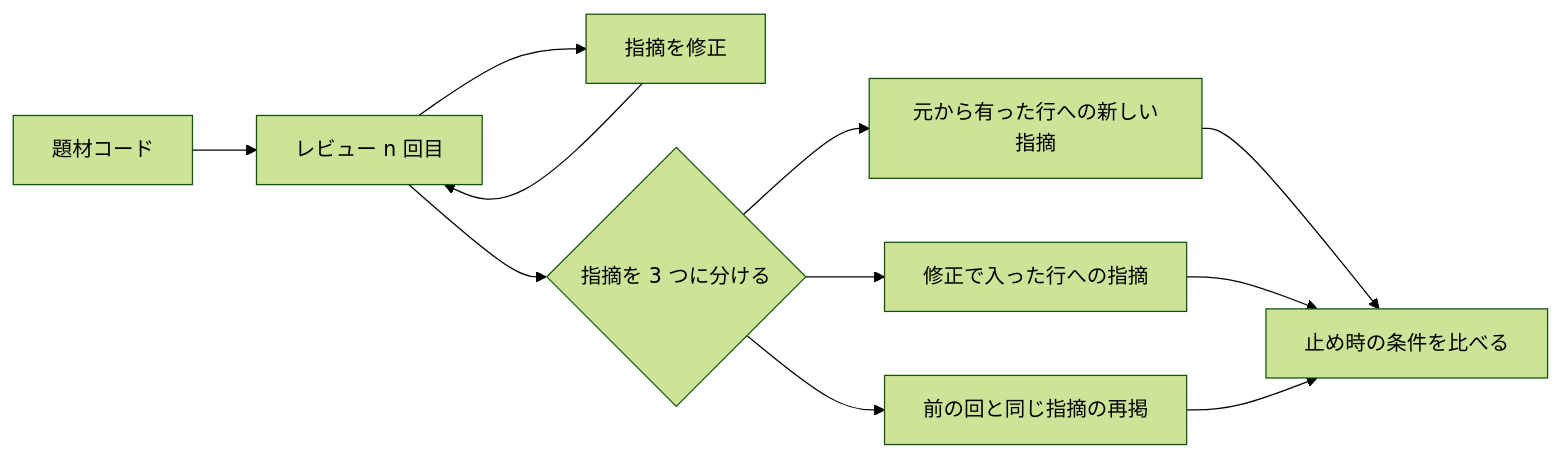
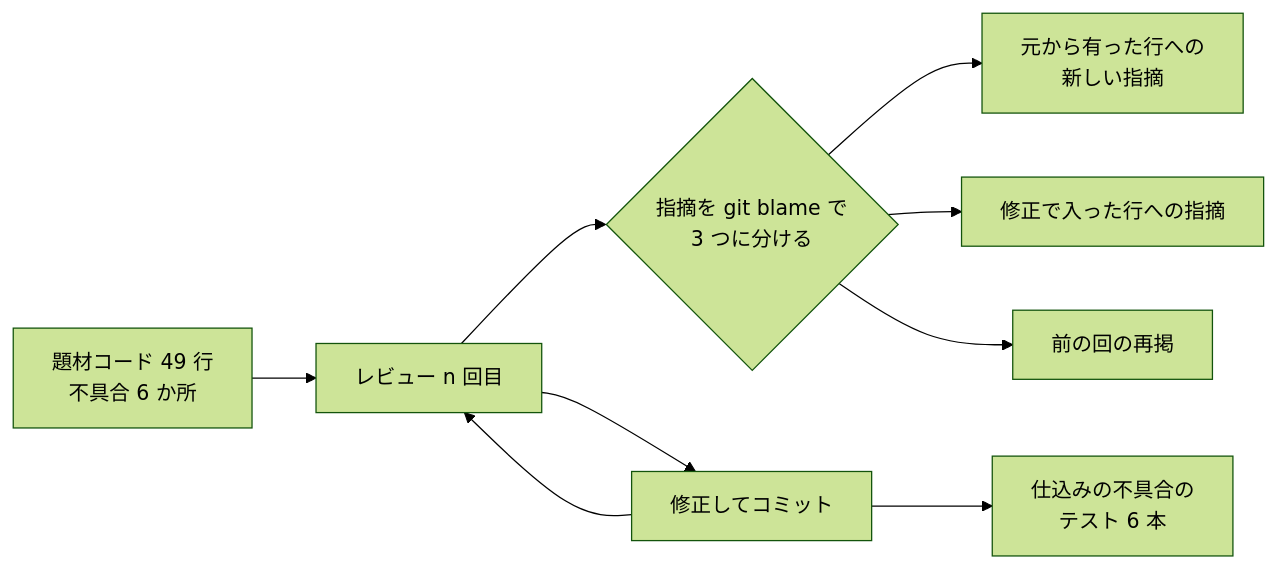
One commit to liatris000/zenn_create changed the diagram in articles/20261210-ai-review-convergence.md. Above: the diagram before and after it, drawn with Mermaid (forest theme). The commit also changed other lines of this file, not shown here.

````diff
--- a/articles/20261210-ai-review-convergence.md
+++ b/articles/20261210-ai-review-convergence.md
@@ -27,11 +25,11 @@
 ```mermaid
 flowchart LR
-  C[題材コード] --> R[レビュー n 回目]
-  R --> F[指摘を修正]
+  C[題材コード 49 行<br>不具合 6 か所] --> R[レビュー n 回目]
+  R --> K{指摘を git blame で<br>3 つに分ける}
+  K --> A[元から有った行への<br>新しい指摘]
+  K --> B[修正で入った行への指摘]
+  K --> D[前の回の再掲]
+  R --> F[修正してコミット]
   F --> R
-  R --> K{指摘を 3 つに分ける}
-  K --> A[元から有った行への新しい指摘]
-  K --> B[修正で入った行への指摘]
-  K --> D[前の回と同じ指摘の再掲]
-  A & B & D --> S[止め時の条件を比べる]
+  F --> T[仕込みの不具合の<br>テスト 6 本]
 ```
````
